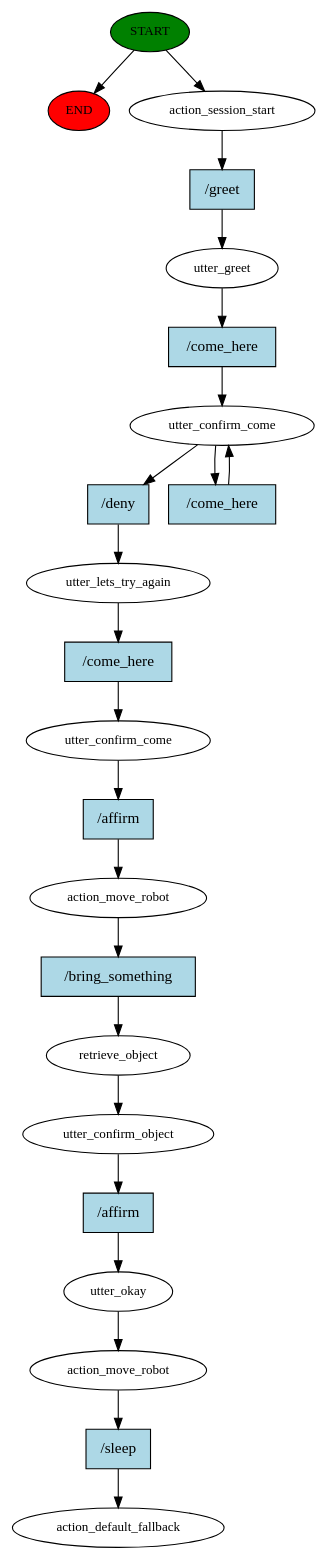
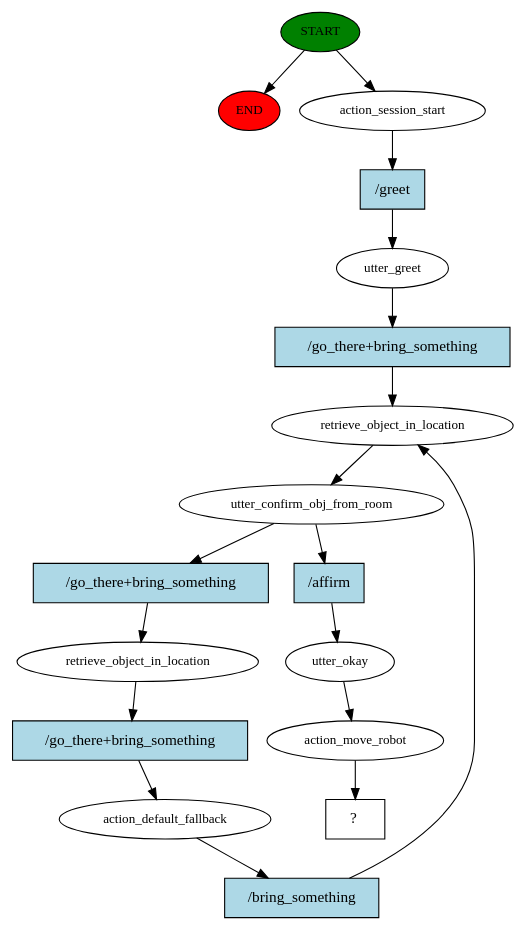
One commit to rballachay/morbius changed the diagram in data/rasa/story_graph.dot. Above: the diagram before and after it, drawn with Graphviz. The commit also changed 9 other files, not shown here.

```diff
--- a/data/rasa/story_graph.dot
+++ b/data/rasa/story_graph.dot
@@ -1,46 +1,36 @@
 digraph  {
 0 [class="start active", fillcolor=green, fontsize=12, label=START, style=filled];
 "-1" [class=end, fillcolor=red, fontsize=12, label=END, style=filled];
 1 [class=active, fontsize=12, label=action_session_start];
 2 [class=active, fontsize=12, label=utter_greet];
-3 [class=active, fontsize=12, label=utter_confirm_come];
-5 [class=active, fontsize=12, label=utter_lets_try_again];
-6 [class=active, fontsize=12, label=utter_confirm_come];
-7 [class=active, fontsize=12, label=action_move_robot];
-8 [class=active, fontsize=12, label=retrieve_object];
-9 [class=active, fontsize=12, label=utter_confirm_object];
-10 [class=active, fontsize=12, label=utter_okay];
-11 [class=active, fontsize=12, label=action_move_robot];
-12 [class="dashed active", fontsize=12, label=action_default_fallback];
-13 [class="intent active", fillcolor=lightblue, label="/greet", shape=rect, style=filled];
-14 [class="intent active", fillcolor=lightblue, label="/come_here", shape=rect, style=filled];
-15 [class="intent active", fillcolor=lightblue, label="/deny", shape=rect, style=filled];
-16 [class="intent active", fillcolor=lightblue, label="/come_here", shape=rect, style=filled];
-17 [class="intent active", fillcolor=lightblue, label="/come_here", shape=rect, style=filled];
-18 [class="intent active", fillcolor=lightblue, label="/affirm", shape=rect, style=filled];
-19 [class="intent active", fillcolor=lightblue, label="/bring_something", shape=rect, style=filled];
-20 [class="intent active", fillcolor=lightblue, label="/affirm", shape=rect, style=filled];
-21 [class="intent active", fillcolor=lightblue, label="/sleep", shape=rect, style=filled];
+3 [class=active, fontsize=12, label=retrieve_object_in_location];
+4 [class=active, fontsize=12, label=utter_confirm_obj_from_room];
+5 [class=active, fontsize=12, label=retrieve_object_in_location];
+6 [class=active, fontsize=12, label=action_default_fallback];
+9 [class=active, fontsize=12, label=utter_okay];
+10 [class=active, fontsize=12, label=action_move_robot];
+11 [class="intent dashed active", label="  ?  ", shape=rect];
+12 [class="intent active", fillcolor=lightblue, label="/greet", shape=rect, style=filled];
+13 [class="intent active", fillcolor=lightblue, label="/go_there+bring_something", shape=rect, style=filled];
+14 [class="intent active", fillcolor=lightblue, label="/go_there+bring_something", shape=rect, style=filled];
+15 [class="intent active", fillcolor=lightblue, label="/affirm", shape=rect, style=filled];
+16 [class="intent active", fillcolor=lightblue, label="/go_there+bring_something", shape=rect, style=filled];
+17 [class="intent active", fillcolor=lightblue, label="/bring_something", shape=rect, style=filled];
 0 -> "-1"  [class="", key=NONE, label=""];
 0 -> 1  [class=active, key=NONE, label=""];
-1 -> 13  [class=active, key=0];
-2 -> 14  [class=active, key=0];
-3 -> 15  [class=active, key=0];
-3 -> 16  [class=active, key=0];
-5 -> 17  [class=active, key=0];
-6 -> 18  [class=active, key=0];
-7 -> 19  [class=active, key=0];
-8 -> 9  [class=active, key=NONE, label=""];
-9 -> 20  [class=active, key=0];
+1 -> 12  [class=active, key=0];
+2 -> 13  [class=active, key=0];
+3 -> 4  [class=active, key=NONE, label=""];
+4 -> 14  [class=active, key=0];
+4 -> 15  [class=active, key=0];
+5 -> 16  [class=active, key=0];
+6 -> 17  [class=active, key=0];
+9 -> 10  [class=active, key=NONE, label=""];
 10 -> 11  [class=active, key=NONE, label=""];
-11 -> 21  [class=active, key=0];
-13 -> 2  [class=active, key=0];
-14 -> 3  [class=active, key=0];
-15 -> 5  [class=active, key=0];
-16 -> 3  [class=active, key=0];
-17 -> 6  [class=active, key=0];
-18 -> 7  [class=active, key=0];
-19 -> 8  [class=active, key=0];
-20 -> 10  [class=active, key=0];
-21 -> 12  [class=active, key=0];
+12 -> 2  [class=active, key=0];
+13 -> 3  [class=active, key=0];
+14 -> 5  [class=active, key=0];
+15 -> 9  [class=active, key=0];
+16 -> 6  [class=active, key=0];
+17 -> 3  [class=active, key=0];
 }
```
